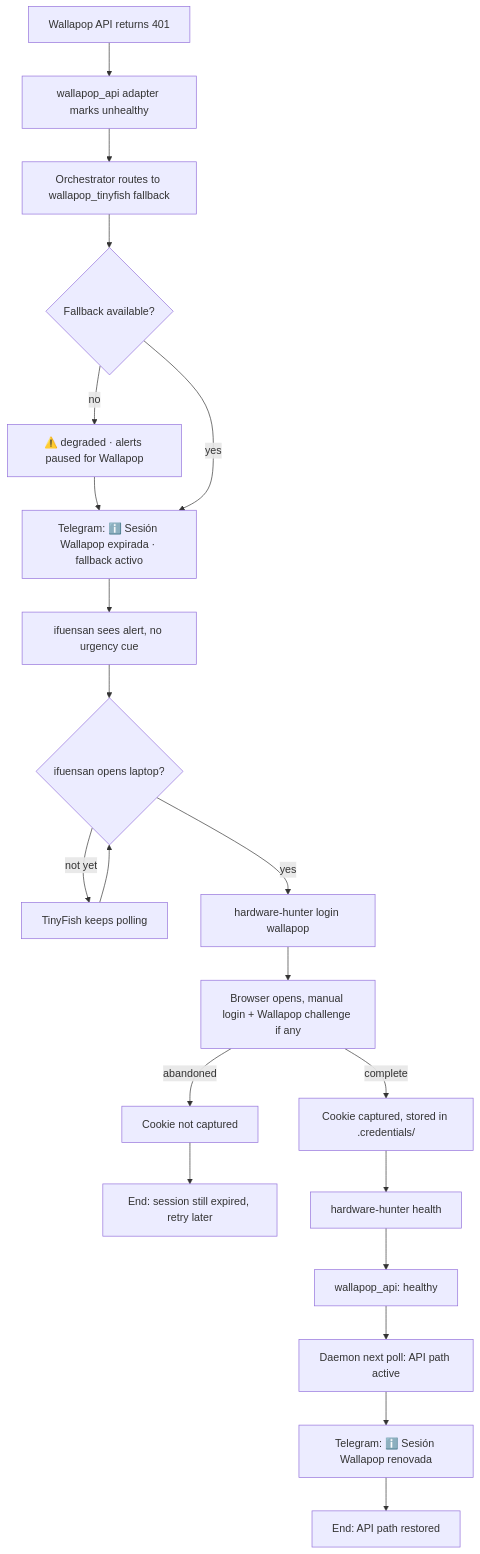
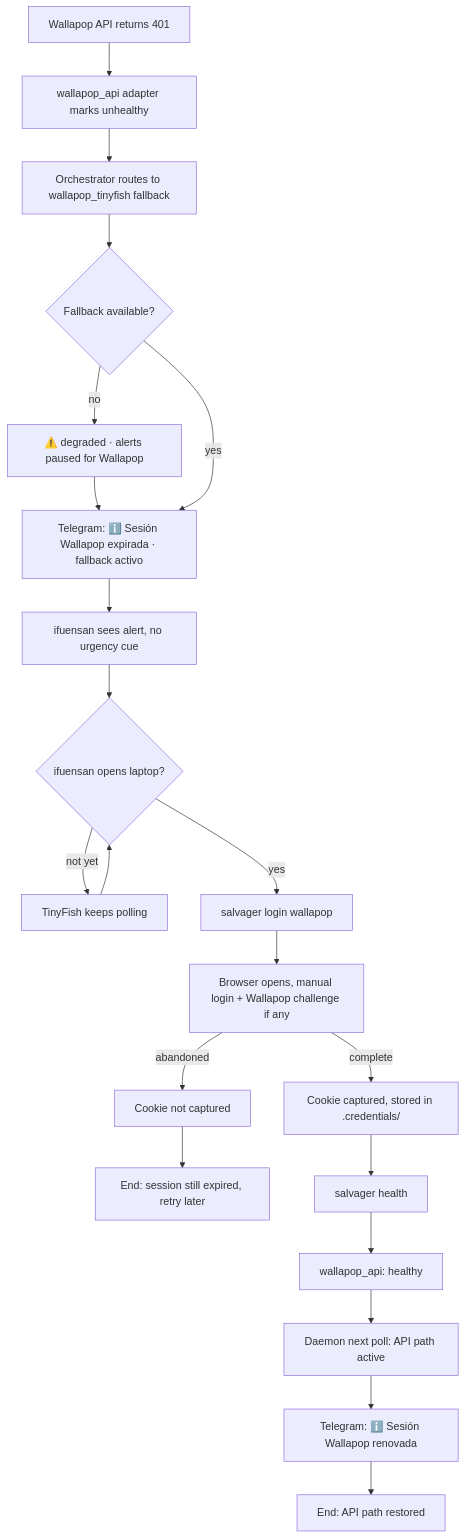
One commit to ifuensan/hardware-hunter changed the fifth of 6 diagrams in _bmad-output/planning-artifacts/ux-design-specification.md. Above: the diagram before and after it, drawn with Mermaid. The commit also changed other lines of this file and 313 other files, not shown here.

````diff
--- a/_bmad-output/planning-artifacts/ux-design-specification.md
+++ b/_bmad-output/planning-artifacts/ux-design-specification.md
@@ -1538,20 +1538,20 @@
 ```mermaid
 flowchart TD
     A[Wallapop API returns 401] --> B[wallapop_api adapter marks unhealthy]
     B --> C[Orchestrator routes to wallapop_tinyfish fallback]
     C --> D{Fallback available?}
     D -- no --> D1[⚠️ degraded · alerts paused for Wallapop] --> E
     D -- yes --> E[Telegram: ℹ️ Sesión Wallapop expirada · fallback activo]
     E --> F[ifuensan sees alert, no urgency cue]
     F --> G{ifuensan opens laptop?}
     G -- not yet --> G1[TinyFish keeps polling] --> G
-    G -- yes --> H[hardware-hunter login wallapop]
+    G -- yes --> H[salvager login wallapop]
     H --> I[Browser opens, manual login + Wallapop challenge if any]
     I -- abandoned --> I1[Cookie not captured] --> Z1[End: session still expired, retry later]
     I -- complete --> J[Cookie captured, stored in .credentials/]
-    J --> K[hardware-hunter health]
+    J --> K[salvager health]
     K --> L[wallapop_api: healthy]
     L --> M[Daemon next poll: API path active]
     M --> N[Telegram: ℹ️ Sesión Wallapop renovada]
     N --> Z2[End: API path restored]
 ```
````
